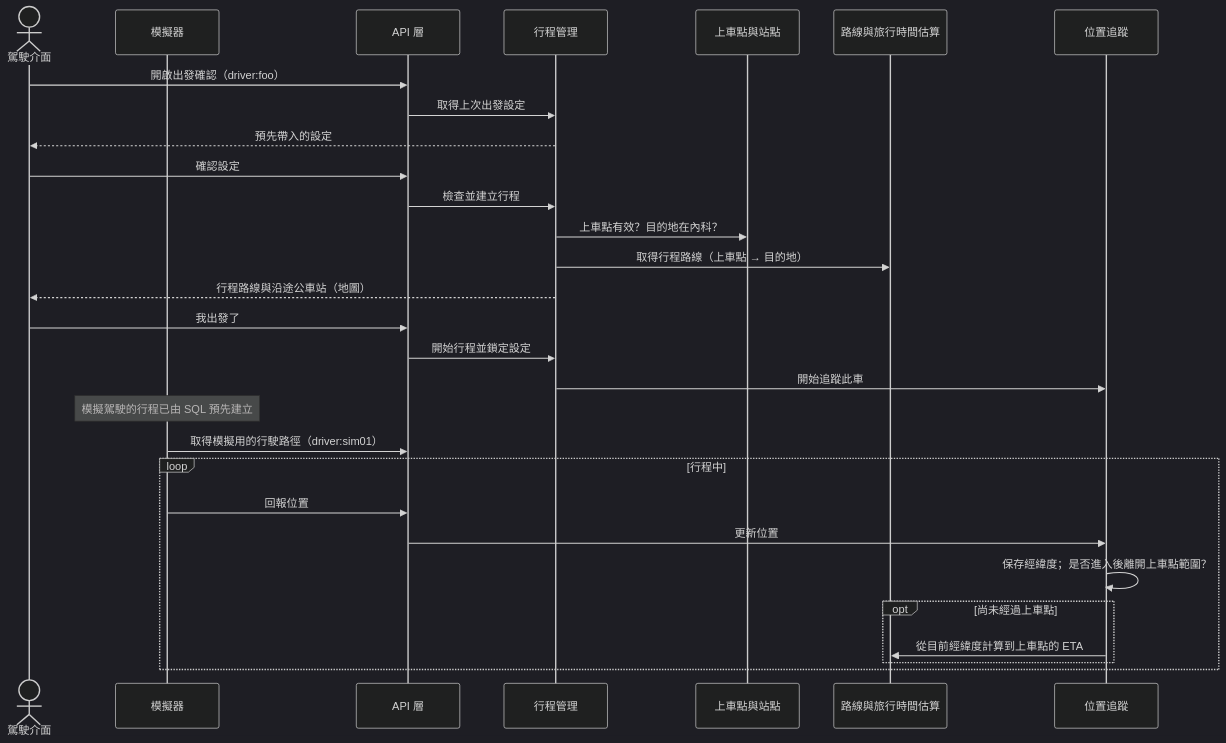
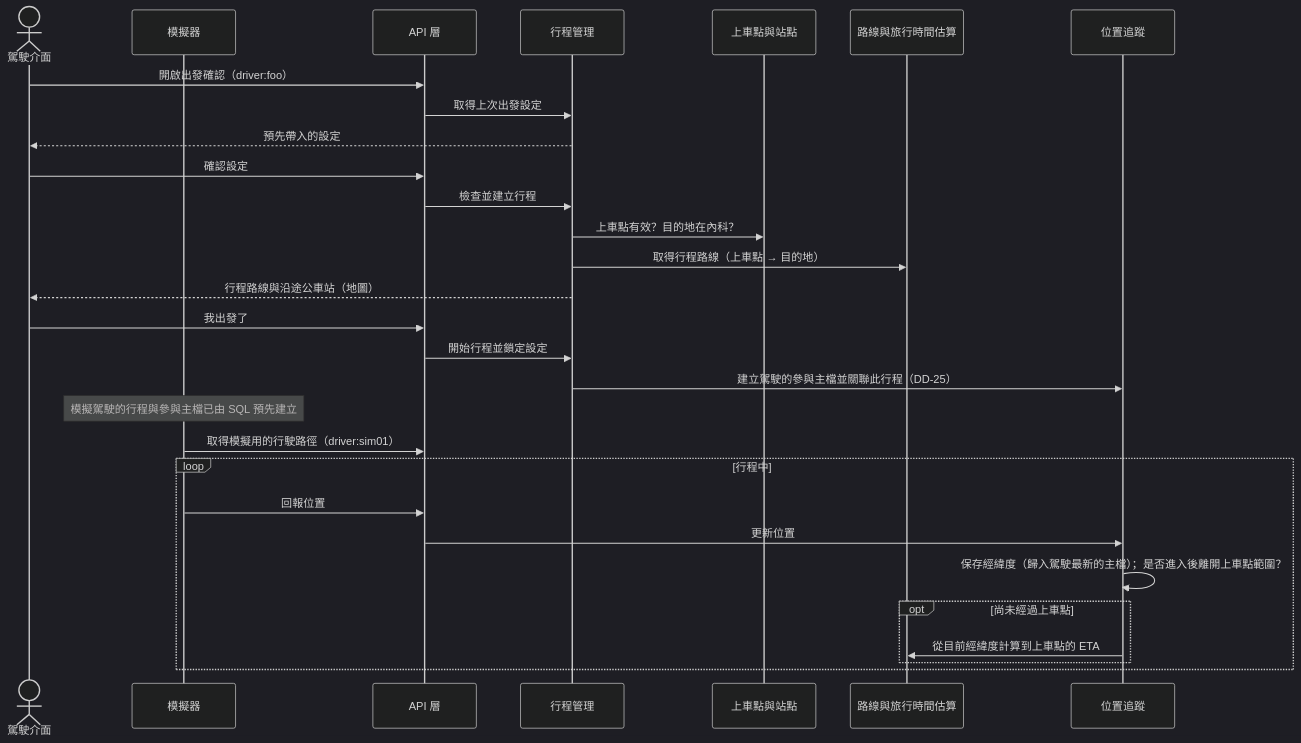
Before and after one commit to sohoffice/debugthon-carpool: diagram 11 of 13 in docs/design.md, drawn with Mermaid (dark theme). The commit also changed other lines of this file, not shown here.

````diff
--- a/docs/design.md
+++ b/docs/design.md
@@ -944,32 +984,32 @@
 ```mermaid
 sequenceDiagram
     actor D as 駕駛介面
     participant SIM as 模擬器
     participant API as API 層
     participant TRIP as 行程管理
     participant STN as 上車點與站點
     participant TT as 路線與旅行時間估算
     participant TRK as 位置追蹤
 
     D->>API: 開啟出發確認（driver:foo）
     API->>TRIP: 取得上次出發設定
     TRIP-->>D: 預先帶入的設定
     D->>API: 確認設定
     API->>TRIP: 檢查並建立行程
     TRIP->>STN: 上車點有效？目的地在內科？
     TRIP->>TT: 取得行程路線（上車點 → 目的地）
     TRIP-->>D: 行程路線與沿途公車站（地圖）
     D->>API: 我出發了
     API->>TRIP: 開始行程並鎖定設定
-    TRIP->>TRK: 開始追蹤此車
-    Note over SIM: 模擬駕駛的行程已由 SQL 預先建立
+    TRIP->>TRK: 建立駕駛的參與主檔並關聯此行程（DD-25）
+    Note over SIM: 模擬駕駛的行程與參與主檔已由 SQL 預先建立
     SIM->>API: 取得模擬用的行駛路徑（driver:sim01）
     loop 行程中
         SIM->>API: 回報位置
         API->>TRK: 更新位置
-        TRK->>TRK: 保存經緯度；是否進入後離開上車點範圍？
+        TRK->>TRK: 保存經緯度（歸入駕駛最新的主檔）；是否進入後離開上車點範圍？
         opt 尚未經過上車點
             TRK->>TT: 從目前經緯度計算到上車點的 ETA
         end
     end
 ```
````
